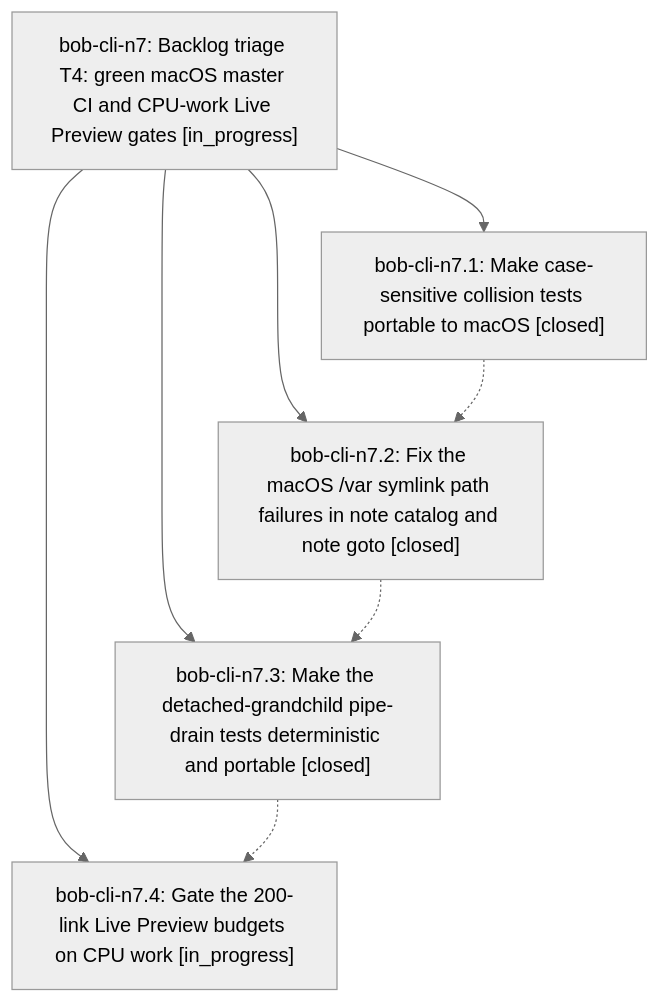
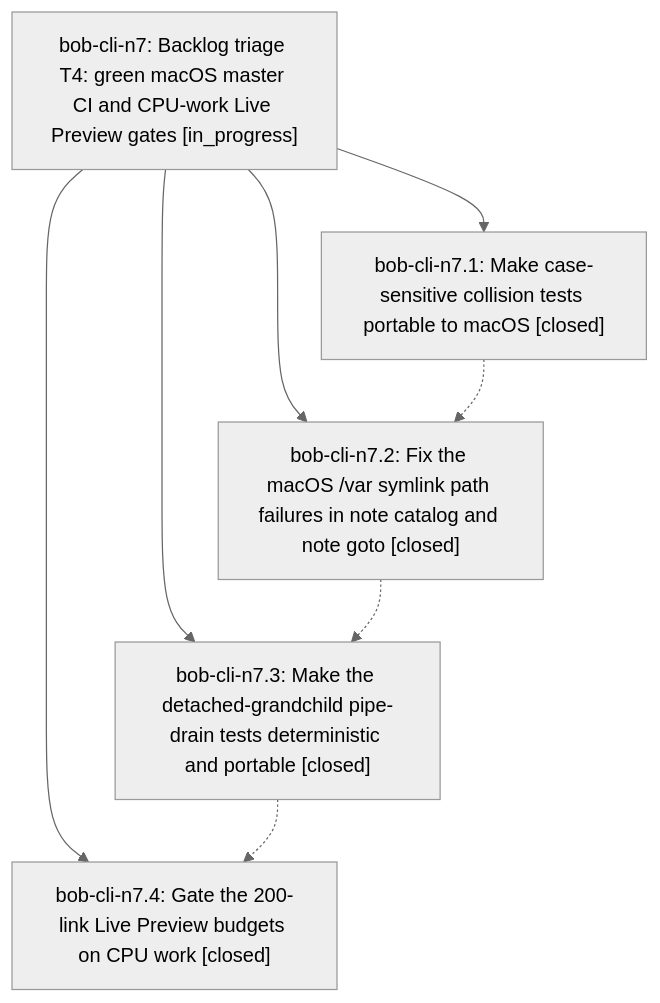
The diagram in pages/bob-cli-n7/README.md (bobs-org/bob-cli--beads), drawn with Mermaid (neutral theme) before and after one commit. The commit also changed other lines of this file and 2 other files, not shown here.

First line of the commit message:
chore(beads): sync bead state and pages for bob-cli-n7

````diff
--- a/pages/bob-cli-n7/README.md
+++ b/pages/bob-cli-n7/README.md
@@ -37,15 +37,15 @@
 ```mermaid
 flowchart TD
     n0["bob-cli-n7: Backlog triage T4: green macOS master CI and CPU-work Live Preview gates [in_progress]"]
     n1["bob-cli-n7.1: Make case-sensitive collision tests portable to macOS [closed]"]
     n2["bob-cli-n7.2: Fix the macOS /var symlink path failures in note catalog and note goto [closed]"]
     n3["bob-cli-n7.3: Make the detached-grandchild pipe-drain tests deterministic and portable [closed]"]
-    n4["bob-cli-n7.4: Gate the 200-link Live Preview budgets on CPU work [in_progress]"]
+    n4["bob-cli-n7.4: Gate the 200-link Live Preview budgets on CPU work [closed]"]
     n0 --> n1
     n0 --> n2
     n0 --> n3
     n0 --> n4
     n1 -.-> n2
     n2 -.-> n3
     n3 -.-> n4
 ```
````
